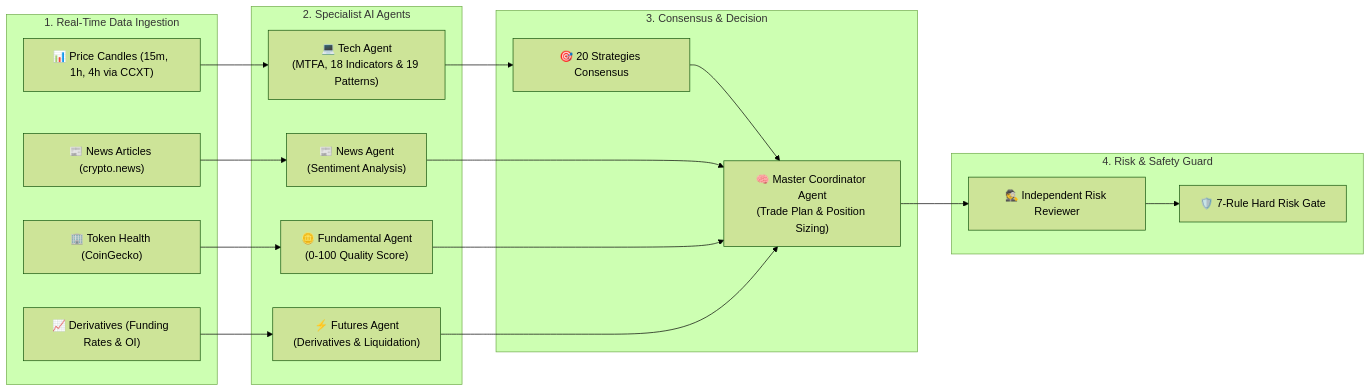
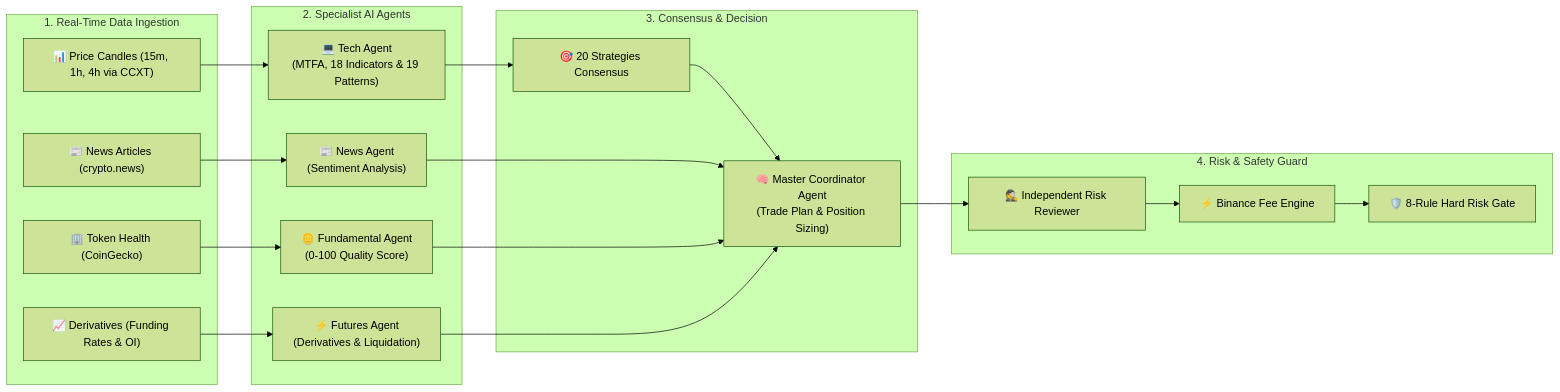
One commit to MedhawaNeranjan/Readme changed the second of 3 diagrams in README-II.md. Above: the diagram before and after it, drawn with Mermaid (forest theme). The commit also changed other lines of this file, not shown here.

````diff
--- a/README-II.md
+++ b/README-II.md
@@ -85,40 +94,42 @@
 ```mermaid
 graph LR
     subgraph DataIngestion ["1. Real-Time Data Ingestion"]
         D1["📊 Price Candles (15m, 1h, 4h via CCXT)"]
         D2["📰 News Articles (crypto.news)"]
         D3["🏢 Token Health (CoinGecko)"]
         D4["📈 Derivatives (Funding Rates & OI)"]
     end
 
     subgraph SpecialistAgents ["2. Specialist AI Agents"]
         A1["💻 Tech Agent<br/>(MTFA, 18 Indicators & 19 Patterns)"]
         A2["📰 News Agent<br/>(Sentiment Analysis)"]
         A3["🪙 Fundamental Agent<br/>(0-100 Quality Score)"]
         A4["⚡ Futures Agent<br/>(Derivatives & Liquidation)"]
     end
 
     subgraph ConsensusAndCoordination ["3. Consensus & Decision"]
         C1["🎯 20 Strategies Consensus"]
         C2["🧠 Master Coordinator Agent<br/>(Trade Plan & Position Sizing)"]
     end
 
     subgraph RiskSecurity ["4. Risk & Safety Guard"]
         R1["🕵️ Independent Risk Reviewer"]
-        G1["🛡️ 7-Rule Hard Risk Gate"]
+        F1["⚡ Binance Fee Engine"]
+        G1["🛡️ 8-Rule Hard Risk Gate"]
     end
 
     D1 --> A1
     D2 --> A2
     D3 --> A3
     D4 --> A4
 
     A1 --> C1
     C1 --> C2
     A2 --> C2
     A3 --> C2
     A4 --> C2
 
     C2 --> R1
-    R1 --> G1
+    R1 --> F1
+    F1 --> G1
 ```
````
